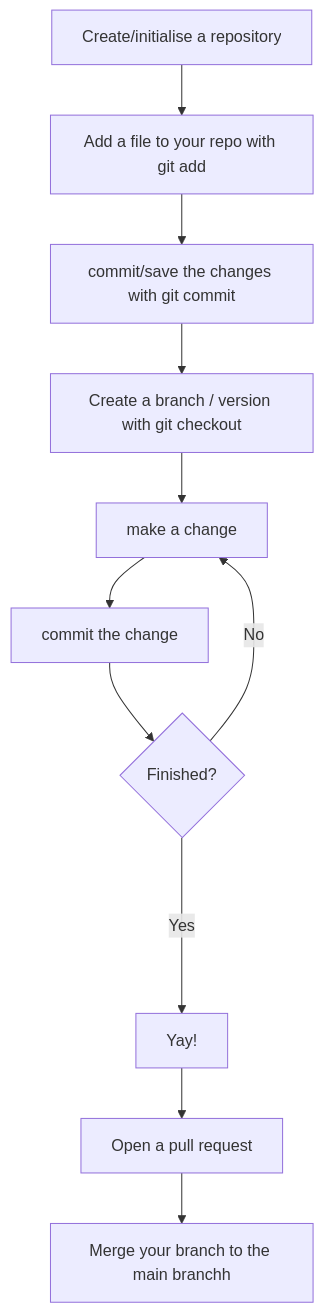
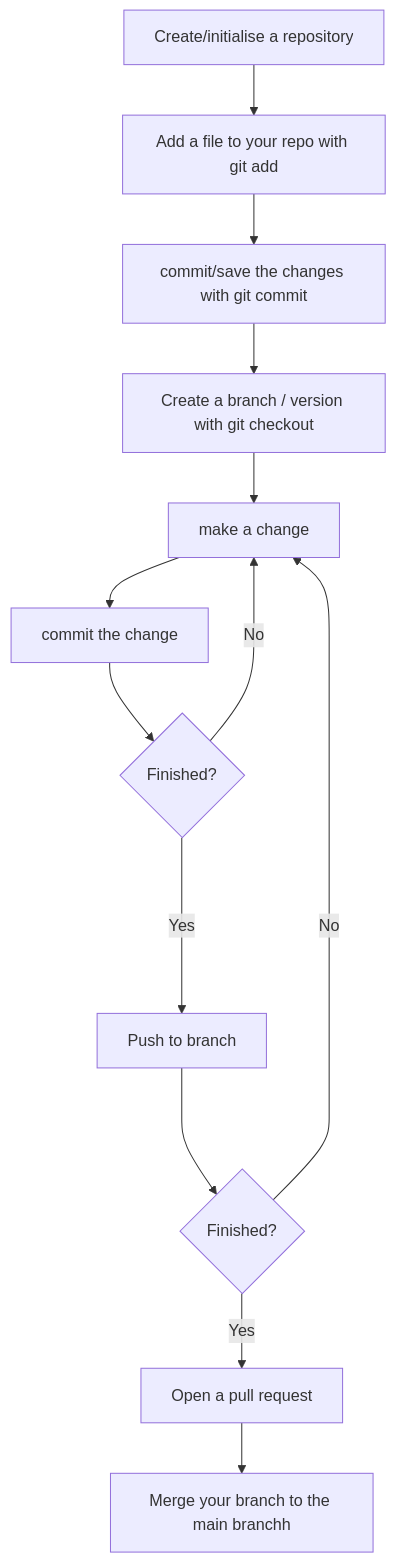
The diagram in docs/5_version_control.md (mamonu/boldbestpractice), drawn with Mermaid before and after one commit. The commit also changed other lines of this file and 2 other files, not shown here.

````diff
--- a/docs/5_version_control.md
+++ b/docs/5_version_control.md
@@ -64,15 +64,15 @@
 ``` mermaid
 graph TB
   A[Create/initialise a repository] --> B[Add a file to your repo with git add ];
   B--> C[commit/save the changes with git commit ];
   C--> D[Create a branch / version with git checkout];
   D--> E[make a change];
   E--> F[commit the change];
   F-->G{Finished?};
   G -->|No| E;
-  G ---->|Yes| H[Yay!]
-  H --> I[Open a pull request]
-  I --> J[Merge your branch to the main branchh]
-  
-  
+  G ---->|Yes| H[Push to branch]
+  H ---> FF{Finished?}
+  FF --> |Yes| I;
+  FF --> |No| E;
+  I[Open a pull request] --> J[Merge your branch to the main branchh]
 ```
````
